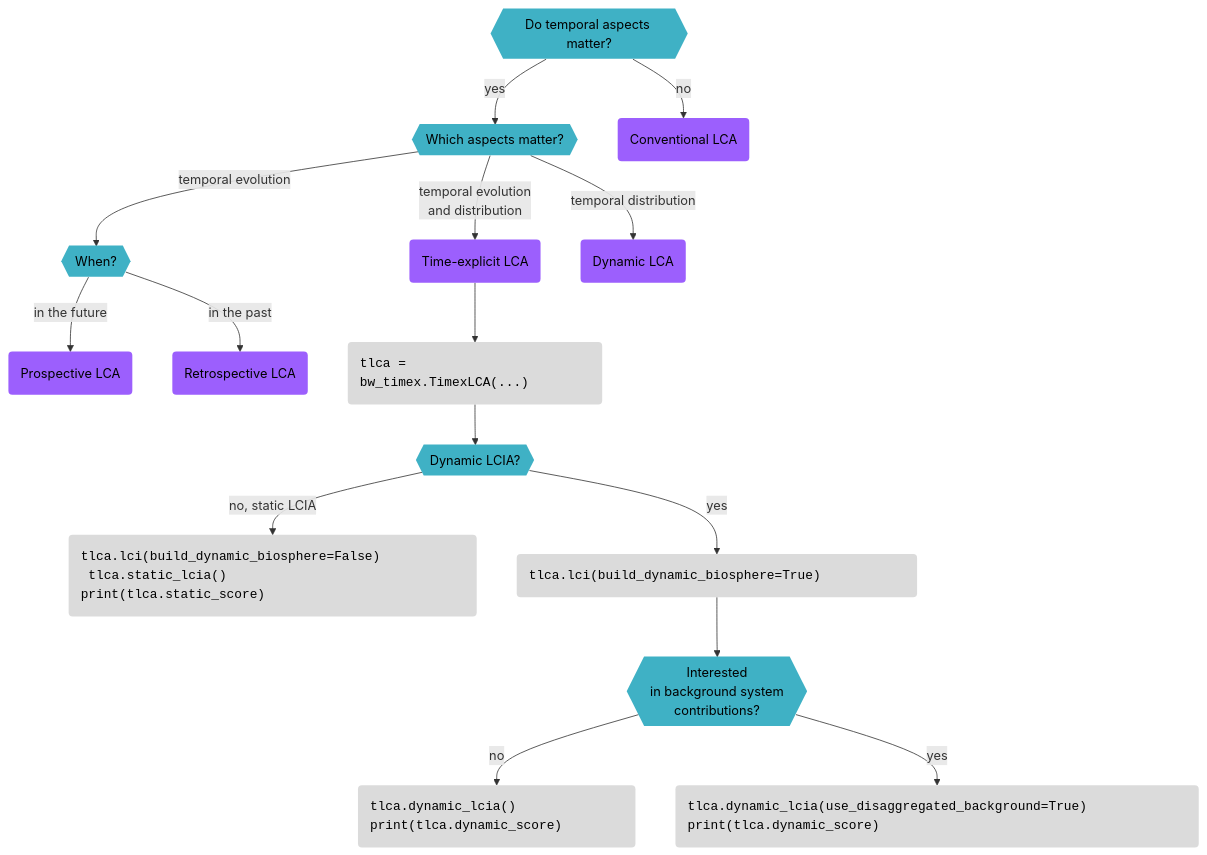
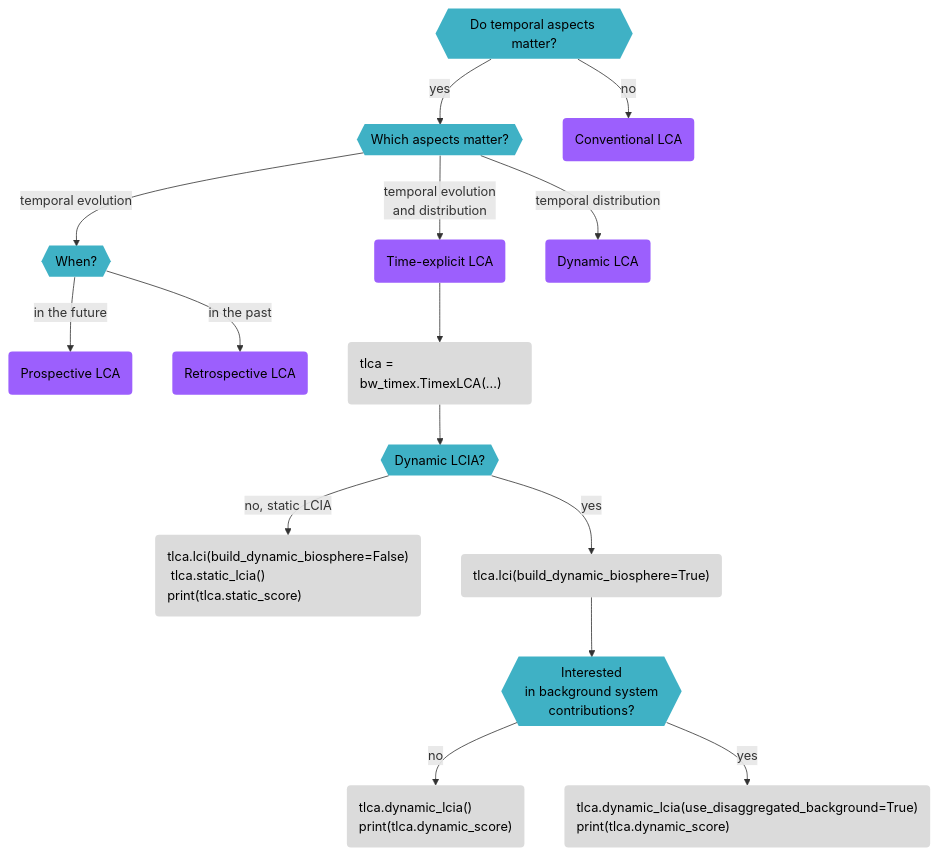
One commit to brightway-lca/bw_timex changed the diagram in docs/content/decisiontree.md. Above: the diagram before and after it, drawn with Mermaid.

Commit message:
remove monospace font in decision tree

````diff
--- a/docs/content/decisiontree.md
+++ b/docs/content/decisiontree.md
@@ -5,42 +5,41 @@
 ```{mermaid}
 flowchart TD
     %% Define node classes
     classDef decision fill:#3fb1c5,color:black,stroke:none;
     classDef lcaType fill:#9c5ffd,color:black,stroke:none;
-    classDef codeNode fill:#DBDBDB,text-align:left,color:black,stroke:none,font-family:monospace;
+    classDef codeNode fill:#DBDBDB,text-align:left,color:black,stroke:none;
 
     TimingDecision{{"Do temporal aspects matter?"}}:::decision
     AspectDecision{{"Which aspects matter?"}}:::decision
     ConventionalLCA("Conventional LCA"):::lcaType
     WhenDecision{{"When?"}}:::decision
     ProspectiveLCA("Prospective LCA"):::lcaType
     RetrospectiveLCA("Retrospective LCA"):::lcaType
     TimeExplicitLCA("Time-explicit LCA"):::lcaType
-    CodeTimeExplicit("tlca = bw_timex.TimexLCA(...)&nbsp;&nbsp;&nbsp;&nbsp;&nbsp;&nbsp;&nbsp;&nbsp;"):::codeNode
-    %%non-breaking space used to make boxes wide enough for mono-spaced font, otherwise cut off.
+    CodeTimeExplicit("tlca = bw_timex.TimexLCA(...)"):::codeNode
     DynamicLCA("Dynamic LCA"):::lcaType
     DynamicLCIADecision{{"Dynamic LCIA?"}}:::decision
-    CodeStaticLCIA("tlca.lci(build_dynamic_biosphere=False)&nbsp;&nbsp;&nbsp;&nbsp;&nbsp;&nbsp;&nbsp;&nbsp;&nbsp;&nbsp;&nbsp;\n tlca.static_lcia()\nprint(tlca.static_score)"):::codeNode
-    CodeDynamicLCI("tlca.lci(build_dynamic_biosphere=True)&nbsp;&nbsp;&nbsp;&nbsp;&nbsp;&nbsp;&nbsp;&nbsp;&nbsp;&nbsp;&nbsp;"):::codeNode
+    CodeStaticLCIA("tlca.lci(build_dynamic_biosphere=False)\n tlca.static_lcia()\nprint(tlca.static_score)"):::codeNode
+    CodeDynamicLCI("tlca.lci(build_dynamic_biosphere=True)"):::codeNode
     BackgroundDecision{{"Interested \n in background system \n contributions?"}}:::decision
-    CodeDynamicLCIA("tlca.dynamic_lcia()\nprint(tlca.dynamic_score)&nbsp;&nbsp;&nbsp;&nbsp;&nbsp;&nbsp;&nbsp;&nbsp;"):::codeNode
-    CodeDisaggregatedLCIA("tlca.dynamic_lcia(use_disaggregated_background=True)&nbsp;&nbsp;&nbsp;&nbsp;&nbsp;&nbsp;&nbsp;&nbsp;&nbsp;&nbsp;&nbsp;&nbsp;&nbsp;\nprint(tlca.dynamic_score)"):::codeNode
+    CodeDynamicLCIA("tlca.dynamic_lcia()\nprint(tlca.dynamic_score)"):::codeNode
+    CodeDisaggregatedLCIA("tlca.dynamic_lcia(use_disaggregated_background=True)\nprint(tlca.dynamic_score)"):::codeNode
 
 
 
     %% Define connections
     TimingDecision -- "yes" --> AspectDecision
     TimingDecision -- "no" --> ConventionalLCA
     AspectDecision -- "temporal evolution" --> WhenDecision
     AspectDecision -- "temporal distribution" --> DynamicLCA
     AspectDecision -- "temporal evolution \n and distribution" --> TimeExplicitLCA
     WhenDecision -- "in the future" --> ProspectiveLCA
     WhenDecision -- "in the past" --> RetrospectiveLCA
     TimeExplicitLCA --> CodeTimeExplicit
     CodeTimeExplicit --> DynamicLCIADecision
     DynamicLCIADecision -- "no, static LCIA" --> CodeStaticLCIA
     DynamicLCIADecision -- "yes" --> CodeDynamicLCI
     CodeDynamicLCI --> BackgroundDecision
     BackgroundDecision -- "no" --> CodeDynamicLCIA
     BackgroundDecision -- "yes" --> CodeDisaggregatedLCIA
 ```
````
